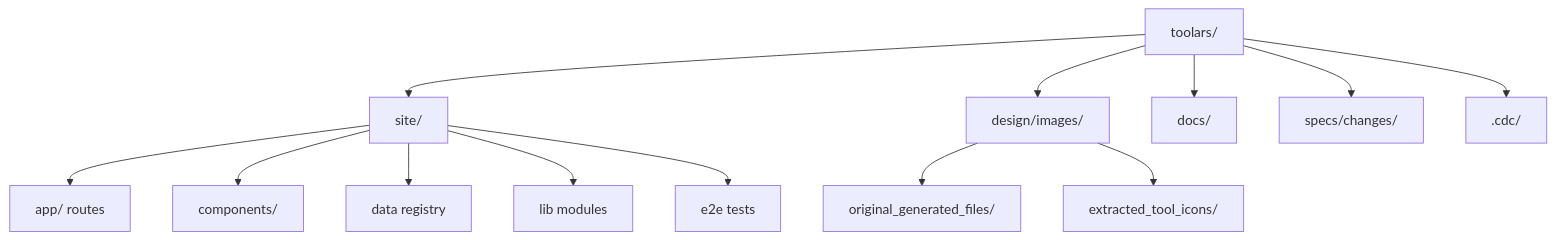
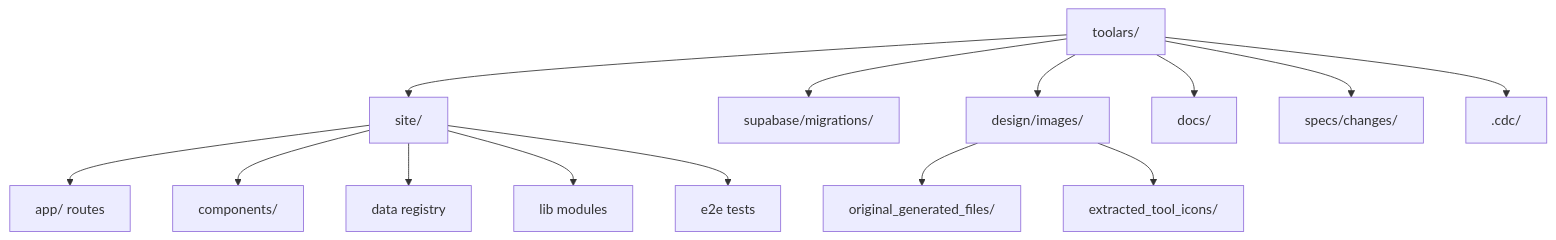
The first of 2 diagrams in .cdc/ARCHITECTURE.md (aixtral/toolars), drawn with Mermaid before and after one commit. The commit also changed other lines of this file and 3 other files, not shown here.

````diff
--- a/.cdc/ARCHITECTURE.md
+++ b/.cdc/ARCHITECTURE.md
@@ -34,16 +42,17 @@
 ```mermaid
 graph TD
   repo["toolars/"]
   repo --> site["site/"]
   site --> app["app/ routes"]
   site --> components["components/"]
   site --> data["data registry"]
   site --> lib["lib modules"]
   site --> e2e["e2e tests"]
+  repo --> supabase["supabase/migrations/"]
   repo --> images["design/images/"]
   repo --> docs["docs/"]
   repo --> specs["specs/changes/"]
   repo --> cdc[".cdc/"]
   images --> generated["original_generated_files/"]
   images --> icons["extracted_tool_icons/"]
 ```
````
